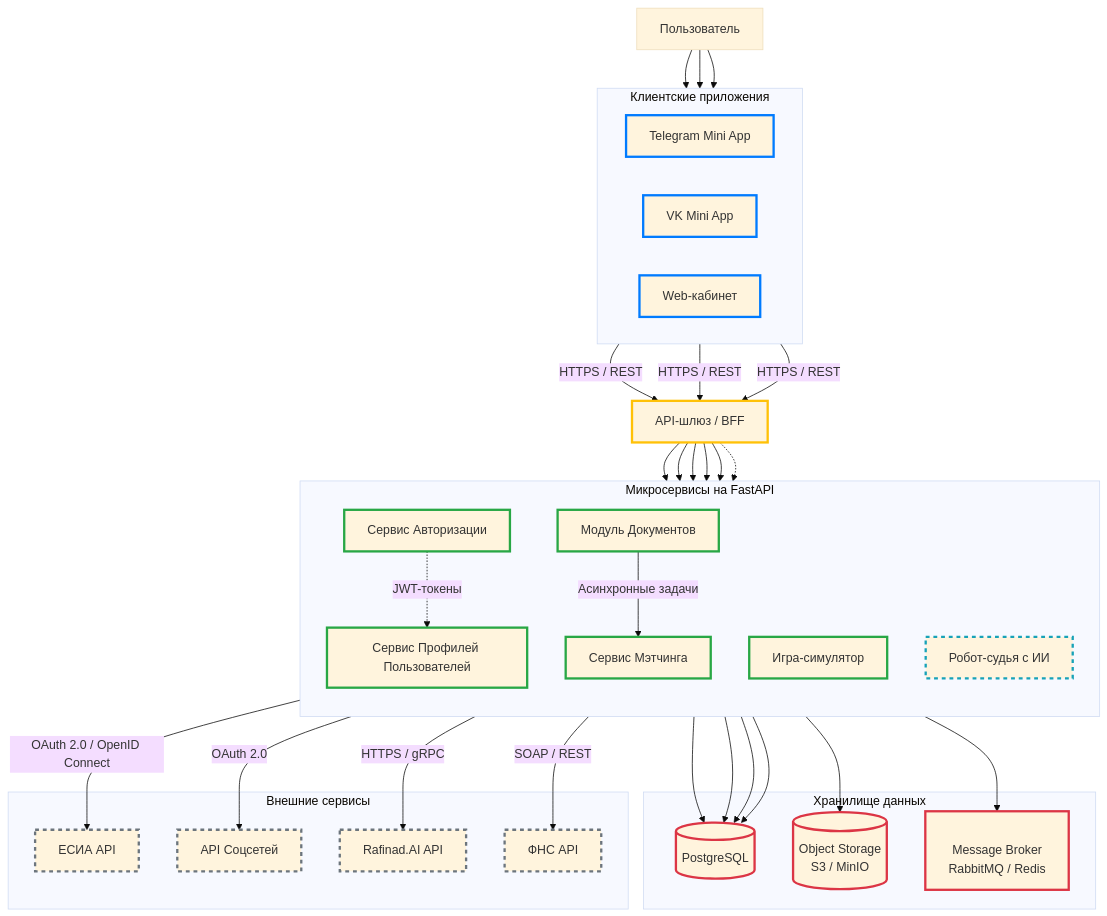
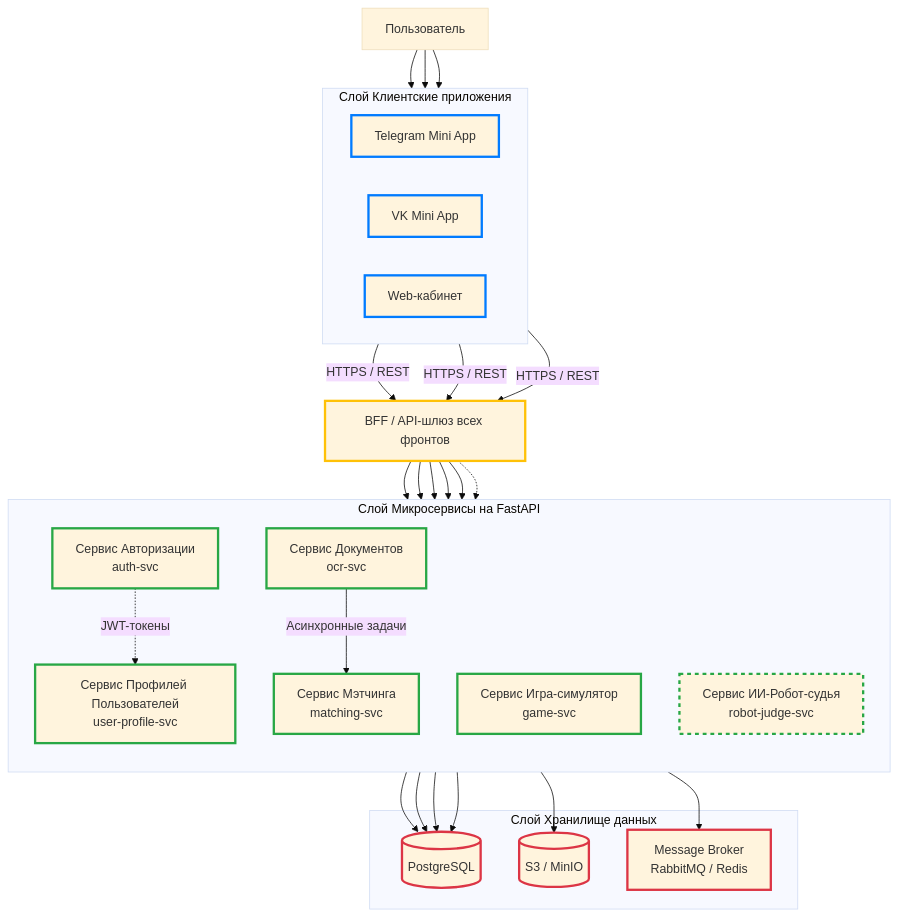
The first of 2 diagrams in CTOtask.md (Exey/task), drawn with Mermaid (base theme) before and after one commit. The commit also changed other lines of this file, not shown here.

````diff
--- a/CTOtask.md
+++ b/CTOtask.md
@@ -22,15 +42,14 @@
 ```mermaid
-
 graph TD
     classDef frontend stroke:#007bff,stroke-width:3px;
     classDef gateway stroke:#ffc107,stroke-width:3px;
     classDef service stroke:#28a745,stroke-width:3px;
     classDef data stroke:#dc3545,stroke-width:3px;
-    classDef external stroke:#6c757d,stroke-width:3px,stroke-dasharray: 5 5;
-    classDef future stroke:#17a2b8,stroke-width:3px,stroke-dasharray: 5 5;
-    %% Пользователи и фронтенды
+    classDef future stroke:#28a745,stroke-width:3px,stroke-dasharray: 5 5;
+
+    %% Пользователи и фронты
     User[Пользователь]
-    subgraph Frontends [Клиентские приложения]
+    subgraph Frontends [Слой Клиентские приложения]
         direction LR
         TG[Telegram Mini App]
         VK[VK Mini App]
@@ -41,8 +60,7 @@
     User --> Web
 
     %% API-шлюз
-    API_GW[API-шлюз / BFF]
-
+    API_GW[BFF / API-шлюз всех фронтов]
     TG -->|HTTPS / REST| API_GW
     VK -->|HTTPS / REST| API_GW
     Web -->|HTTPS / REST| API_GW
@@ -50,55 +68,41 @@
     class API_GW gateway;
 
     %% Микросервисы
-    subgraph Backend["Микросервисы на FastAPI"]
+    subgraph Backend["Слой Микросервисы на FastAPI"]
         direction TB
-        Auth_SVC[Сервис Авторизации]
-        User_SVC[Сервис Профилей Пользователей]
-        Game_SVC[Игра-симулятор]
-        Matching_SVC[Сервис Мэтчинга]
-        Document_SVC[Модуль Документов]
-        RobotJudge_SVC[Робот-судья с ИИ]
+        Auth_SVC[Сервис Авторизации<br>auth-svc]
+        UserProfile_SVC[Сервис Профилей Пользователей<br>user-profile-svс]
+        Game_SVC[Сервис Игра-симулятор<br>game-svc]
+        Matching_SVC[Сервис Мэтчинга<br>matching-svc]
+        OCR_SVC[Сервис Документов<br>ocr-svc]
+        RobotJudge_SVC[Сервис ИИ-Робот-судья<br>robot-judge-svc]
     end
-    class Auth_SVC,User_SVC,Game_SVC,Matching_SVC,Document_SVC service;
+    class Auth_SVC,UserProfile_SVC,Game_SVC,Matching_SVC,OCR_SVC service;
     class RobotJudge_SVC future;
 
     API_GW --> Auth_SVC
-    API_GW --> User_SVC
+    API_GW --> UserProfile_SVC
     API_GW --> Game_SVC
     API_GW --> Matching_SVC
-    API_GW --> Document_SVC
+    API_GW --> OCR_SVC
     API_GW -.-> RobotJudge_SVC
 
     %% Взаимодействие между сервисами
-    Auth_SVC -.->|JWT-токены| User_SVC
-    Document_SVC -->|Асинхронные задачи| Matching_SVC
+    Auth_SVC -.->|JWT-токены| UserProfile_SVC
+    OCR_SVC -->|Асинхронные задачи| Matching_SVC
 
-    %% Инфраструктура и данные
-    subgraph Data_Storage [Хранилище данных]
+    %% Хранилище данных
+    subgraph Data_Storage [Слой Хранилище данных]
         PostgreSQL[(PostgreSQL)]
-        S3[(Object Storage<br/>S3 / MinIO)]
-        MessageBroker[<br>Message Broker<br/>RabbitMQ / Redis]
+        S3[(S3 / MinIO)]
+        MessageBroker[Message Broker<br>RabbitMQ / Redis]
     end
     class PostgreSQL,S3,MessageBroker data;
 
-    User_SVC --> PostgreSQL
+    UserProfile_SVC --> PostgreSQL
     Game_SVC --> PostgreSQL
     Matching_SVC --> PostgreSQL
-    Document_SVC --> PostgreSQL
-    Document_SVC --> S3
-    Document_SVC --> MessageBroker
-
-    %% Внешние интеграции
-    subgraph External_APIs [Внешние сервисы]
-        ESIA[ЕСИА API]
-        Socials[API Соцсетей]
-        Rafinad[Rafinad.AI API]
-        FNS[ФНС API]
-    end
-    class ESIA,Socials,Rafinad,FNS external;
-
-    Auth_SVC -->|OAuth 2.0 / OpenID Connect| ESIA
-    Auth_SVC -->|OAuth 2.0| Socials
-    Document_SVC -->|HTTPS / gRPC| Rafinad
-    Document_SVC -->|SOAP / REST| FNS
+    OCR_SVC --> PostgreSQL
+    OCR_SVC --> S3
+    OCR_SVC --> MessageBroker
 ```
````
